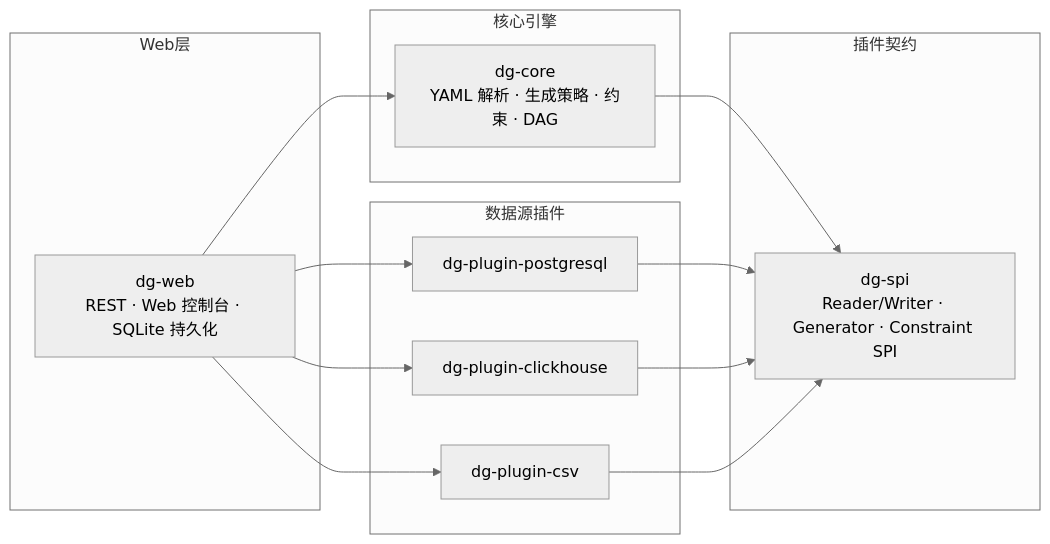
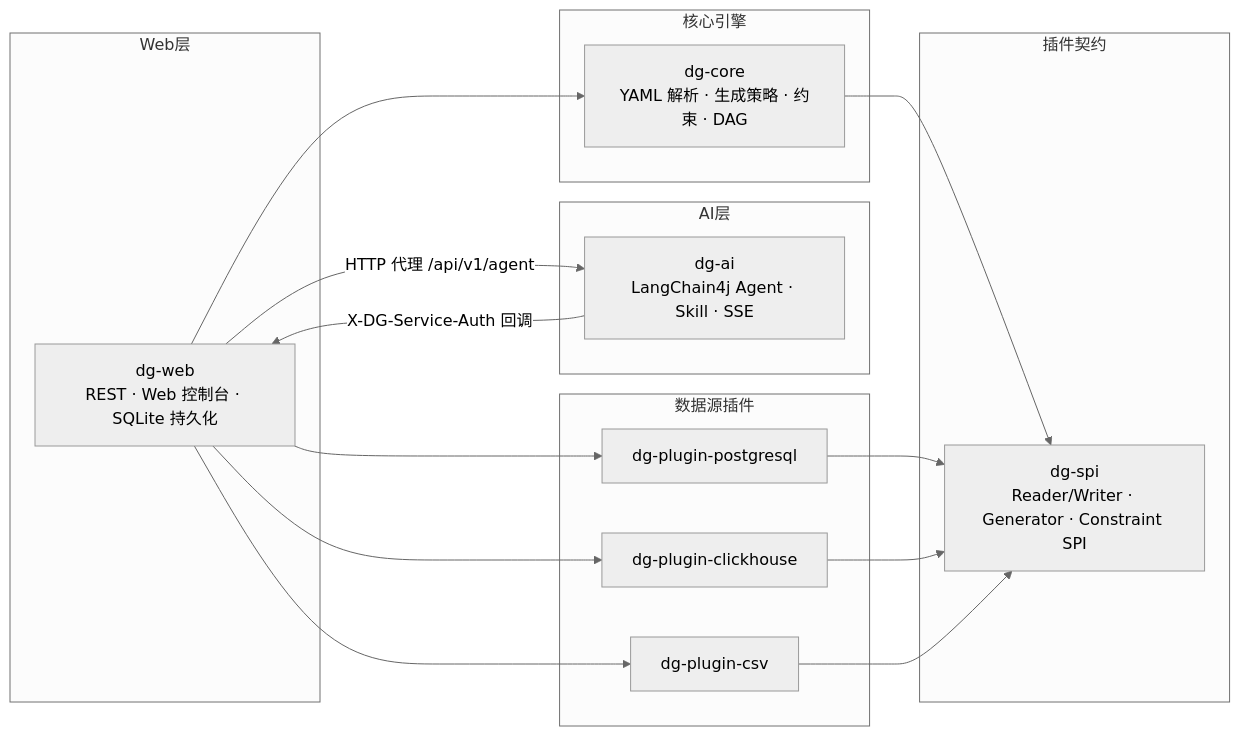
The first of 2 diagrams in README.md (sleetzxy/data-generator), drawn with Mermaid (neutral theme) before and after one commit. The commit also changed other lines of this file and 3 other files, not shown here.

````diff
--- a/README.md
+++ b/README.md
@@ -26,29 +27,35 @@
 ```mermaid
 graph LR
     subgraph Web层
         web["dg-web<br/>REST · Web 控制台 · SQLite 持久化"]
+    end
+
+    subgraph AI层
+        ai["dg-ai<br/>LangChain4j Agent · Skill · SSE"]
     end
 
     subgraph 核心引擎
         core["dg-core<br/>YAML 解析 · 生成策略 · 约束 · DAG"]
     end
 
     subgraph 插件契约
         spi["dg-spi<br/>Reader/Writer · Generator · Constraint SPI"]
     end
 
     subgraph 数据源插件
         pg["dg-plugin-postgresql"]
         ch["dg-plugin-clickhouse"]
         csv["dg-plugin-csv"]
     end
 
+    web -->|HTTP 代理 /api/v1/agent| ai
+    ai -->|X-DG-Service-Auth 回调| web
     web --> core
     web --> pg
     web --> ch
     web --> csv
     core --> spi
     pg --> spi
     ch --> spi
     csv --> spi
 ```
````
